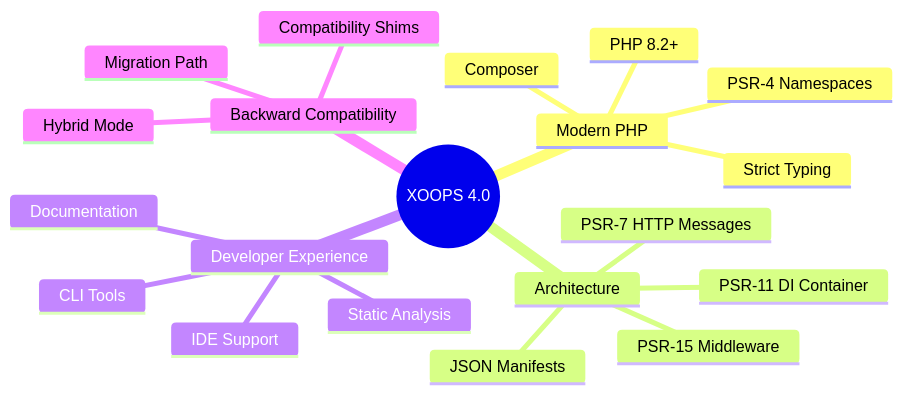
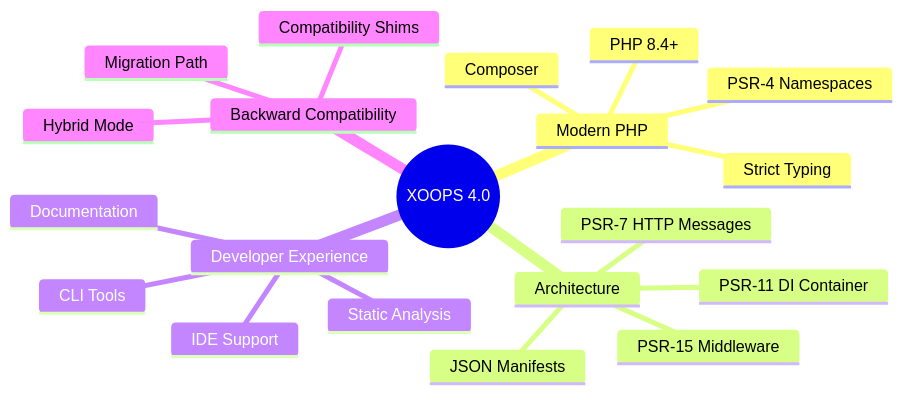
Before and after one commit to mambax7/xoops-docs: the first of 2 diagrams in apps/docs-4x/src/content/docs/roadmap/index.md, drawn with Mermaid. The commit also changed other lines of this file and 47 other files, not shown here.

````diff
--- a/apps/docs-4x/src/content/docs/roadmap/index.md
+++ b/apps/docs-4x/src/content/docs/roadmap/index.md
@@ -16,23 +16,23 @@
 ```mermaid
 mindmap
   root((XOOPS 4.0))
     Modern PHP
-      PHP 8.2+
+      PHP 8.4+
       Strict Typing
       Composer
       PSR-4 Namespaces
     Architecture
       PSR-15 Middleware
       PSR-11 DI Container
       PSR-7 HTTP Messages
       JSON Manifests
     Developer Experience
       CLI Tools
       IDE Support
       Documentation
       Static Analysis
     Backward Compatibility
       Hybrid Mode
       Migration Path
       Compatibility Shims
 ```
````
